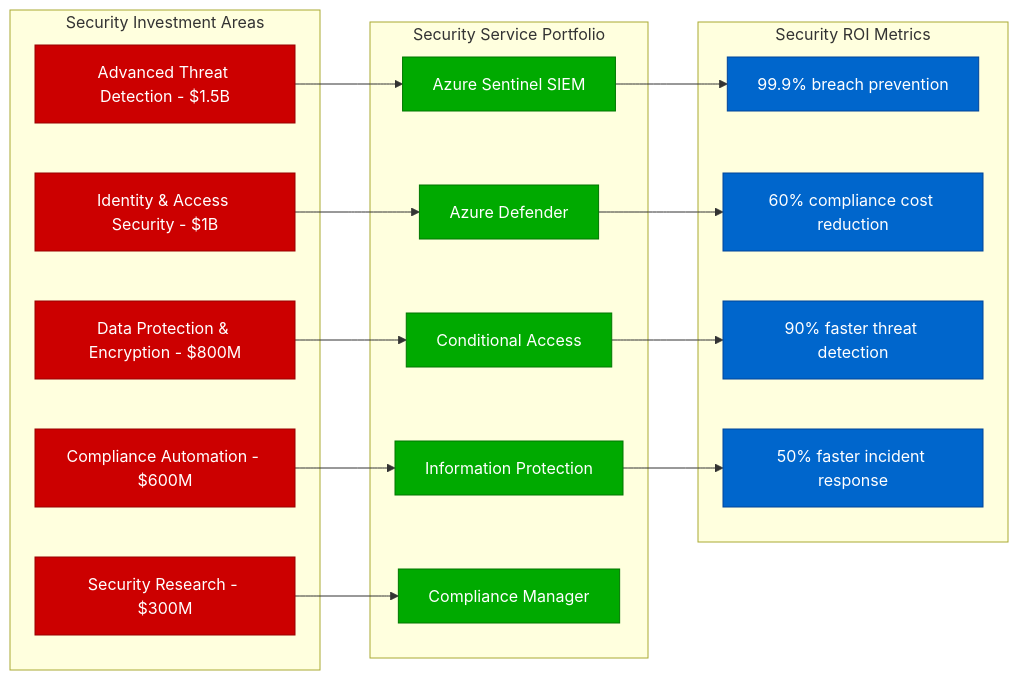
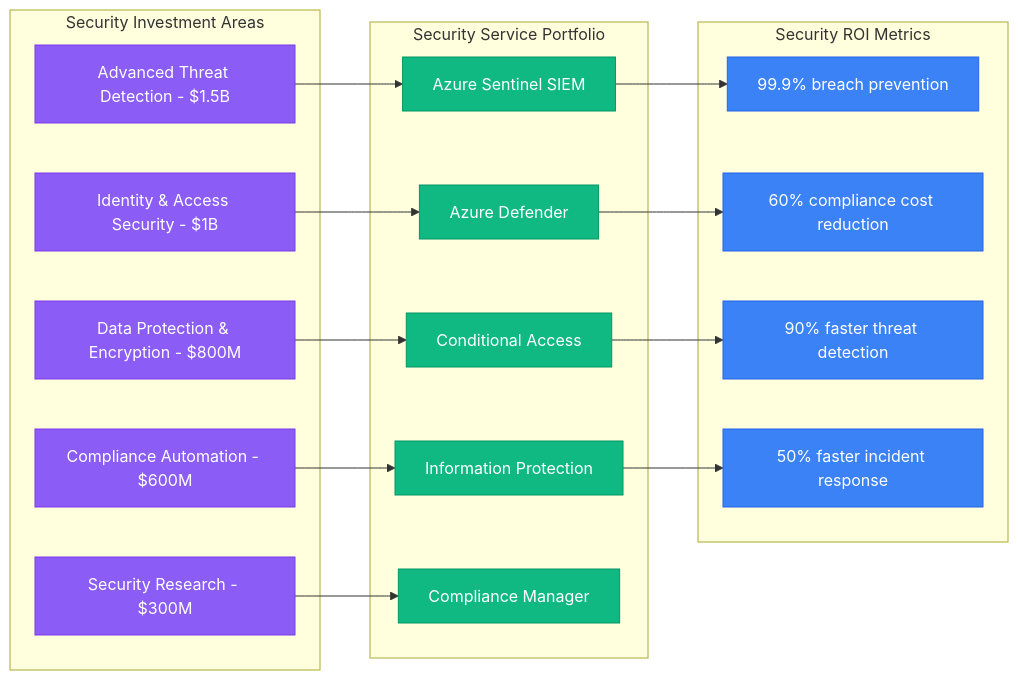
One commit to deepaucksharma/DS changed diagram 11 of 12 in site/docs/systems/microsoft/cost-breakdown.md. Above: the diagram before and after it, drawn with Mermaid. The commit also changed other lines of this file and 303 other files, not shown here.

````diff
--- a/site/docs/systems/microsoft/cost-breakdown.md
+++ b/site/docs/systems/microsoft/cost-breakdown.md
@@ -445,44 +445,44 @@
 ```mermaid
 graph LR
     subgraph SecurityInvestment[Security Investment Areas]
         THREAT_DETECTION[Advanced Threat Detection - $1.5B]
         IDENTITY_SECURITY[Identity & Access Security - $1B]
         DATA_PROTECTION[Data Protection & Encryption - $800M]
         COMPLIANCE_AUTOMATION[Compliance Automation - $600M]
         SECURITY_RESEARCH[Security Research - $300M]
     end
 
     subgraph SecurityServices[Security Service Portfolio]
         AZURE_SENTINEL[Azure Sentinel SIEM]
         AZURE_DEFENDER[Azure Defender]
         CONDITIONAL_ACCESS[Conditional Access]
         INFORMATION_PROTECTION[Information Protection]
         COMPLIANCE_MANAGER[Compliance Manager]
     end
 
     subgraph SecurityROI[Security ROI Metrics]
         BREACH_PREVENTION[99.9% breach prevention]
         COMPLIANCE_COST[60% compliance cost reduction]
         THREAT_DETECTION_TIME[90% faster threat detection]
         INCIDENT_RESPONSE[50% faster incident response]
     end
 
     THREAT_DETECTION --> AZURE_SENTINEL
     IDENTITY_SECURITY --> AZURE_DEFENDER
     DATA_PROTECTION --> CONDITIONAL_ACCESS
     COMPLIANCE_AUTOMATION --> INFORMATION_PROTECTION
     SECURITY_RESEARCH --> COMPLIANCE_MANAGER
 
     AZURE_SENTINEL --> BREACH_PREVENTION
     AZURE_DEFENDER --> COMPLIANCE_COST
     CONDITIONAL_ACCESS --> THREAT_DETECTION_TIME
     INFORMATION_PROTECTION --> INCIDENT_RESPONSE
 
-    classDef securityStyle fill:#CC0000,stroke:#990000,color:#fff
-    classDef serviceStyle fill:#00AA00,stroke:#007700,color:#fff
-    classDef roiStyle fill:#0066CC,stroke:#004499,color:#fff
+    classDef securityStyle fill:#8B5CF6,stroke:#7C3AED,color:#fff
+    classDef serviceStyle fill:#10B981,stroke:#059669,color:#fff
+    classDef roiStyle fill:#3B82F6,stroke:#2563EB,color:#fff
 
     class THREAT_DETECTION,IDENTITY_SECURITY,DATA_PROTECTION,COMPLIANCE_AUTOMATION,SECURITY_RESEARCH securityStyle
     class AZURE_SENTINEL,AZURE_DEFENDER,CONDITIONAL_ACCESS,INFORMATION_PROTECTION,COMPLIANCE_MANAGER serviceStyle
     class BREACH_PREVENTION,COMPLIANCE_COST,THREAT_DETECTION_TIME,INCIDENT_RESPONSE roiStyle
 ```
````
